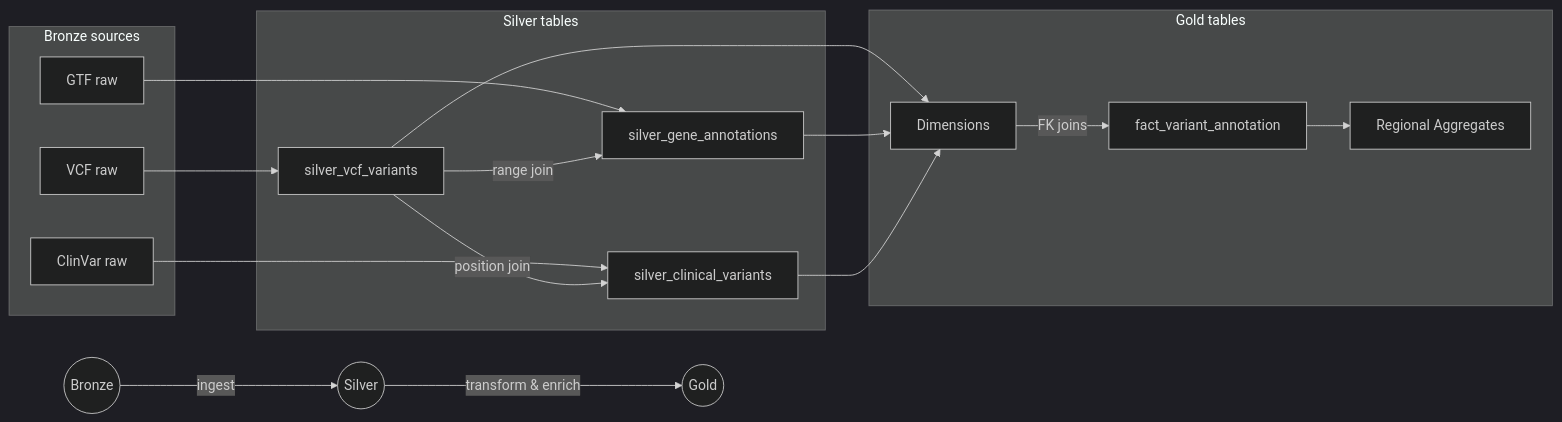
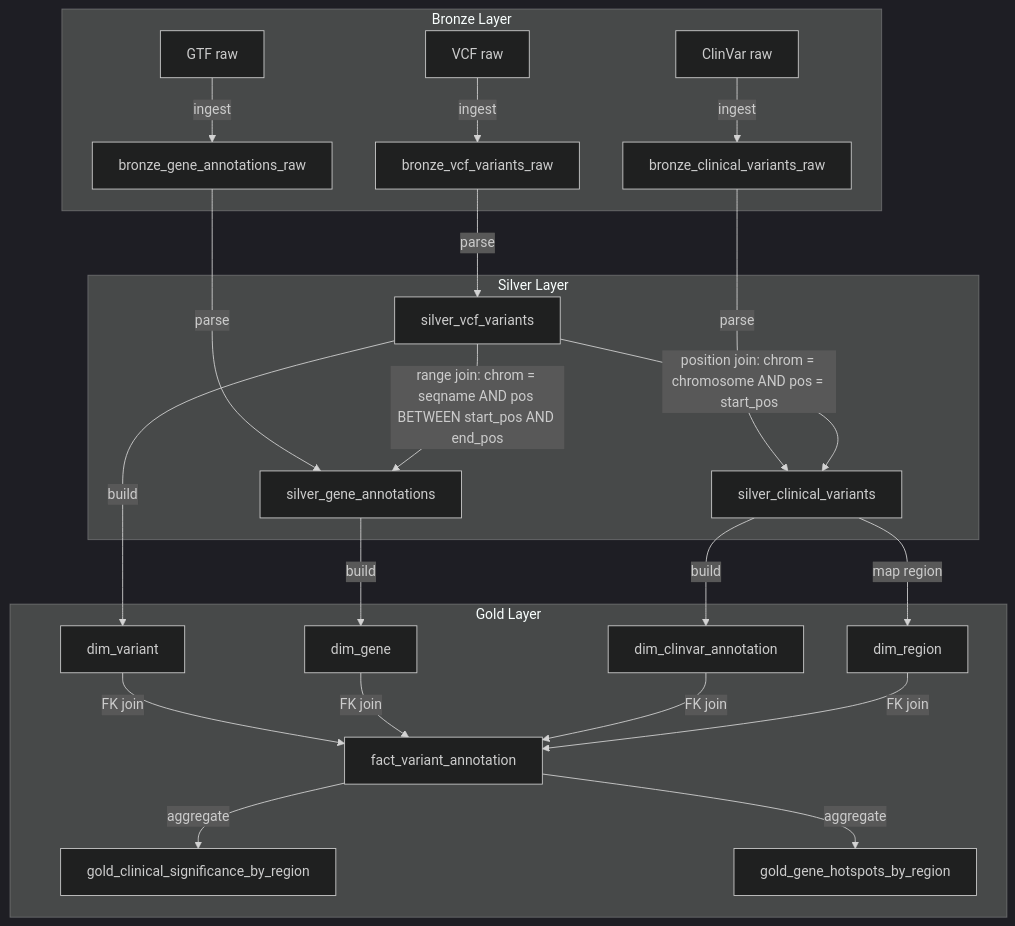
Before and after one commit to Manasa0512/Databricks: the second of 3 diagrams in pipeline_diagram.md, drawn with Mermaid.

````diff
--- a/pipeline_diagram.md
+++ b/pipeline_diagram.md
@@ -268,37 +268,48 @@
 ```mermaid
 %%{init: {"theme":"dark"}}%%
-flowchart LR
-  Bronze((Bronze)) -->|ingest| Silver((Silver))
-  Silver -->|transform & enrich| Gold((Gold))
-
-  subgraph BronzeSrc [Bronze sources]
+flowchart TD
+  subgraph Bronze[Bronze Layer]
     b_vcf[VCF raw]
     b_gtf[GTF raw]
     b_clin[ClinVar raw]
+    b_vcf -->|ingest| bronze_vcf[bronze_vcf_variants_raw]
+    b_gtf -->|ingest| bronze_gtf[bronze_gene_annotations_raw]
+    b_clin -->|ingest| bronze_clin[bronze_clinical_variants_raw]
   end
 
-  subgraph SilverOps [Silver tables]
-    s_vcf[silver_vcf_variants]
-    s_gtf[silver_gene_annotations]
-    s_clin[silver_clinical_variants]
+  subgraph Silver[Silver Layer]
+    silver_vcf[silver_vcf_variants]
+    silver_gtf[silver_gene_annotations]
+    silver_clin[silver_clinical_variants]
   end
 
-  subgraph GoldOps [Gold tables]
-    dim[Dimensions]
-    fact[fact_variant_annotation]
-    agg[Regional Aggregates]
+  subgraph Gold[Gold Layer]
+    dim_variant[dim_variant]
+    dim_gene[dim_gene]
+    dim_clinvar[dim_clinvar_annotation]
+    dim_region[dim_region]
+    fact_variant[fact_variant_annotation]
+    gold_clinical[gold_clinical_significance_by_region]
+    gold_hotspots[gold_gene_hotspots_by_region]
   end
 
-  b_vcf --> s_vcf
-  b_gtf --> s_gtf
-  b_clin --> s_clin
+  bronze_vcf -->|parse| silver_vcf
+  bronze_gtf -->|parse| silver_gtf
+  bronze_clin -->|parse| silver_clin
 
-  s_vcf -->|range join| s_gtf
-  s_vcf -->|position join| s_clin
+  silver_vcf -->|range join: chrom = seqname AND pos BETWEEN start_pos AND end_pos| silver_gtf
+  silver_vcf -->|position join: chrom = chromosome AND pos = start_pos| silver_clin
 
-  s_vcf --> dim
-  s_gtf --> dim
-  s_clin --> dim
-  dim -->|FK joins| fact
-  fact --> agg
+  silver_vcf -->|build| dim_variant
+  silver_gtf -->|build| dim_gene
+  silver_clin -->|build| dim_clinvar
+  silver_clin -->|map region| dim_region
+
+  dim_variant -->|FK join| fact_variant
+  dim_gene -->|FK join| fact_variant
+  dim_clinvar -->|FK join| fact_variant
+  dim_region -->|FK join| fact_variant
+
+  fact_variant -->|aggregate| gold_clinical
+  fact_variant -->|aggregate| gold_hotspots
 ```
````
